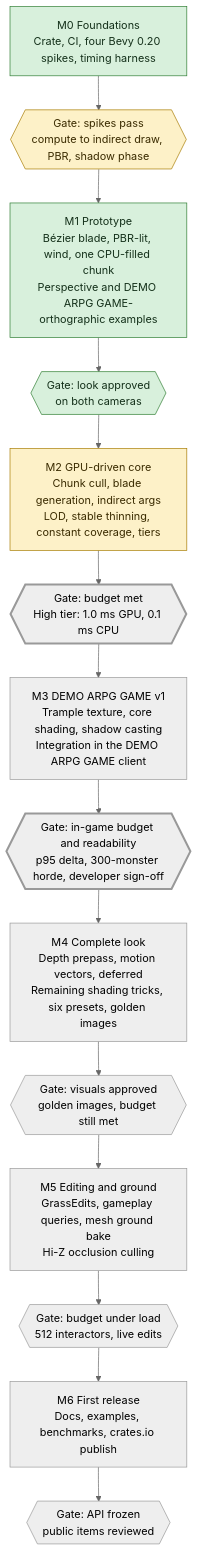
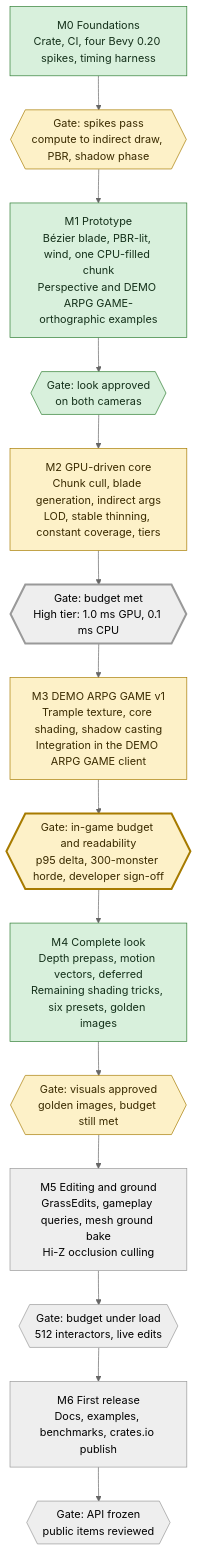
The second of 2 diagrams in bevy-grass-architecture-plan.md (GEMI/bevy-grass), drawn with Mermaid (neutral theme) before and after one commit. The commit also changed other lines of this file and 71 other files, not shown here.

````diff
--- a/bevy-grass-architecture-plan.md
+++ b/bevy-grass-architecture-plan.md
@@ -337,22 +337,22 @@
 ```mermaid
 flowchart TB
     M0["M0 Foundations<br/>Crate, CI, four Bevy 0.20 spikes, timing harness"] --> G0{{"Gate: spikes pass<br/>compute to indirect draw, PBR, shadow phase"}}
     G0 --> M1["M1 Prototype<br/>Bézier blade, PBR-lit, wind, one CPU-filled chunk<br/>Perspective and DEMO ARPG GAME-orthographic examples"]
     M1 --> G1{{"Gate: look approved<br/>on both cameras"}}
     G1 --> M2["M2 GPU-driven core<br/>Chunk cull, blade generation, indirect args<br/>LOD, stable thinning, constant coverage, tiers"]
     M2 --> G2{{"Gate: budget met<br/>High tier: 1.0 ms GPU, 0.1 ms CPU"}}
     G2 --> M3["M3 DEMO ARPG GAME v1<br/>Trample texture, core shading, shadow casting<br/>Integration in the DEMO ARPG GAME client"]
     M3 --> G3{{"Gate: in-game budget and readability<br/>p95 delta, 300-monster horde, developer sign-off"}}
     G3 --> M4["M4 Complete look<br/>Depth prepass, motion vectors, deferred<br/>Remaining shading tricks, six presets, golden images"]
     M4 --> G4{{"Gate: visuals approved<br/>golden images, budget still met"}}
     G4 --> M5["M5 Editing and ground<br/>GrassEdits, gameplay queries, mesh ground bake<br/>Hi-Z occlusion culling"]
     M5 --> G5{{"Gate: budget under load<br/>512 interactors, live edits"}}
     G5 --> M6["M6 First release<br/>Docs, examples, benchmarks, crates.io publish"]
     M6 --> G6{{"Gate: API frozen<br/>public items reviewed"}}
     classDef done fill:#d8f0dc,stroke:#2e7d32,color:#14301a
     classDef partial fill:#fdf1c8,stroke:#a77b00,color:#3a2b00
-    class M0,M1,G1 done
-    class G0,M2 partial
+    class M0,M1,G1,M4 done
+    class G0,M2,M3,G3,G4 partial
     style G2 stroke-width:3px
     style G3 stroke-width:3px
 ```
````
